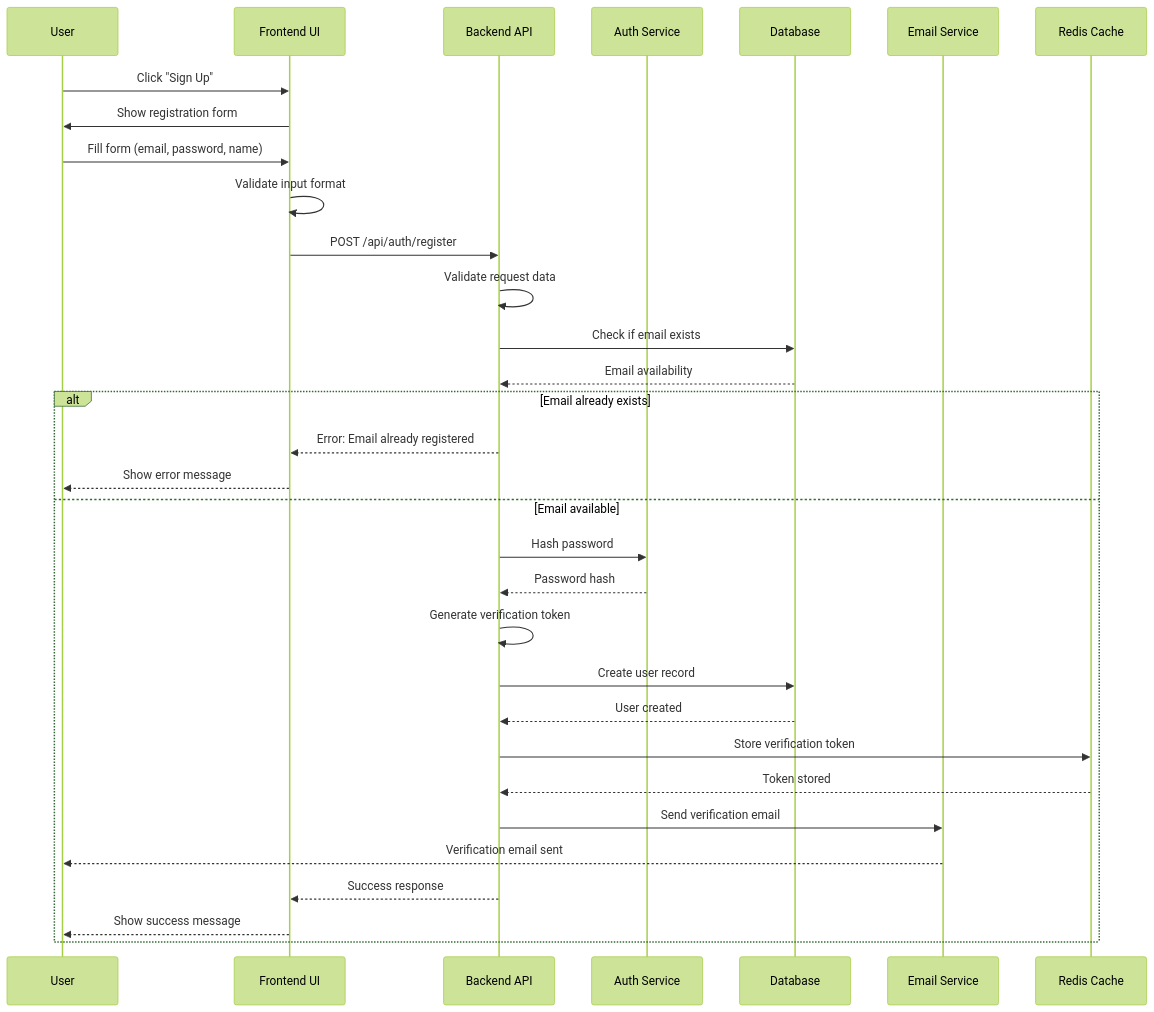
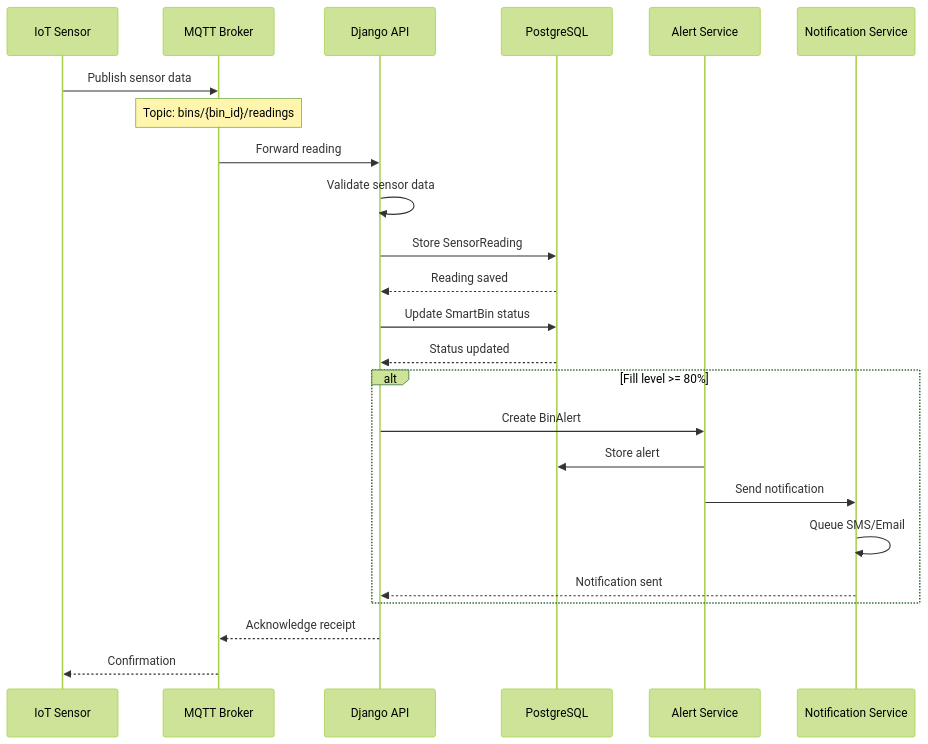
One commit to Ellis-Ayikwei/waste-wise changed the first of 10 diagrams in documentation/diagrams/sequence-diagrams.md. Above: the diagram before and after it, drawn with Mermaid (forest theme). The commit also changed other lines of this file and 5 other files, not shown here.

Commit message:
Update architecture docs for Wasgo smart waste management system

````diff
--- a/documentation/diagrams/sequence-diagrams.md
+++ b/documentation/diagrams/sequence-diagrams.md
@@ -8,36 +8,30 @@
 ```mermaid
 sequenceDiagram
-    participant U as User
-    participant UI as Frontend UI
-    participant API as Backend API
-    participant Auth as Auth Service
-    participant DB as Database
-    participant Email as Email Service
-    participant Redis as Redis Cache
+    participant Sensor as IoT Sensor
+    participant MQTT as MQTT Broker
+    participant API as Django API
+    participant DB as PostgreSQL
+    participant Alert as Alert Service
+    participant Notif as Notification Service
 
-    U->>UI: Click "Sign Up"
-    UI->>U: Show registration form
-    U->>UI: Fill form (email, password, name)
-    UI->>UI: Validate input format
-    UI->>API: POST /api/auth/register
-    API->>API: Validate request data
-    API->>DB: Check if email exists
-    DB-->>API: Email availability
+    Sensor->>MQTT: Publish sensor data
+    Note over MQTT: Topic: bins/{bin_id}/readings
+    MQTT->>API: Forward reading
+    API->>API: Validate sensor data
+    API->>DB: Store SensorReading
+    DB-->>API: Reading saved
     
-    alt Email already exists
-        API-->>UI: Error: Email already registered
-        UI-->>U: Show error message
-    else Email available
-        API->>Auth: Hash password
-        Auth-->>API: Password hash
-        API->>API: Generate verification token
-        API->>DB: Create user record
-        DB-->>API: User created
-        API->>Redis: Store verification token
-        Redis-->>API: Token stored
-        API->>Email: Send verification email
-        Email-->>U: Verification email sent
-        API-->>UI: Success response
-        UI-->>U: Show success message
+    API->>DB: Update SmartBin status
+    DB-->>API: Status updated
+    
+    alt Fill level >= 80%
+        API->>Alert: Create BinAlert
+        Alert->>DB: Store alert
+        Alert->>Notif: Send notification
+        Notif->>Notif: Queue SMS/Email
+        Notif-->>API: Notification sent
     end
+    
+    API-->>MQTT: Acknowledge receipt
+    MQTT-->>Sensor: Confirmation
 ```
````
